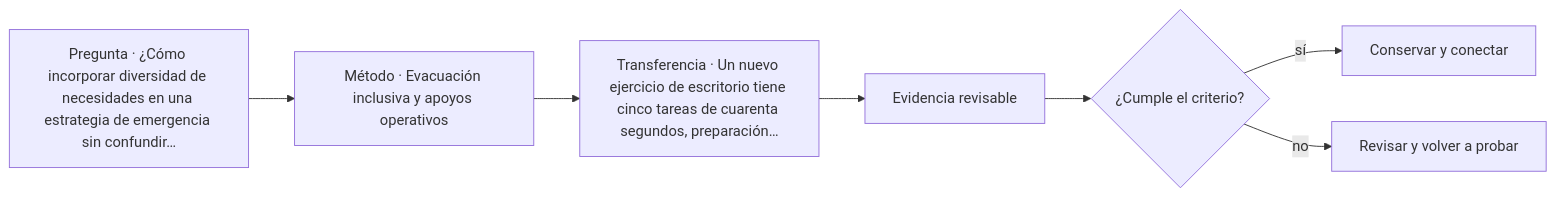
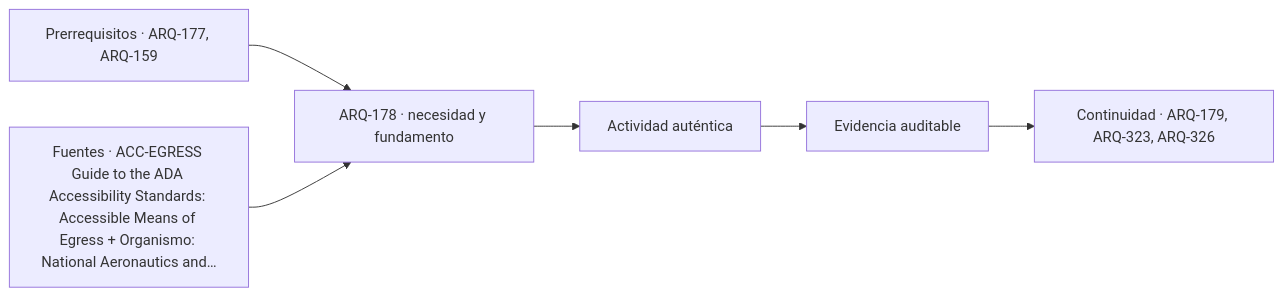
One commit to vladimiracunadev-create/architecture-built-environment-learning-program changed the diagram in classes/parte-18/ARQ-178.md. Above: the diagram before and after it, drawn with Mermaid. The commit also changed other lines of this file and 761 other files, not shown here.

````diff
--- a/classes/parte-18/ARQ-178.md
+++ b/classes/parte-18/ARQ-178.md
@@ -120,9 +132,8 @@
 ```mermaid
 flowchart LR
-    Q["Pregunta · ¿Cómo incorporar diversidad de necesidades en una estrategia de emergencia sin confundir…"] --> M["Método · Evacuación inclusiva y apoyos operativos"]
-    M --> P["Transferencia · Un nuevo ejercicio de escritorio tiene cinco tareas de cuarenta segundos, preparación…"]
-    P --> E["Evidencia revisable"]
-    E --> C{"¿Cumple el criterio?"}
-    C -->|sí| T["Conservar y conectar"]
-    C -->|no| R["Revisar y volver a probar"]
+    A["Prerrequisitos · ARQ-177, ARQ-159"] --> B["ARQ-178 · necesidad y fundamento"]
+    S["Fuentes · ACC-EGRESS Guide to the ADA Accessibility Standards: Accessible Means of Egress + Organismo: National Aeronautics and…"] --> B
+    B --> C["Actividad auténtica"]
+    C --> D["Evidencia auditable"]
+    D --> E["Continuidad · ARQ-179, ARQ-323, ARQ-326"]
 ```
````
